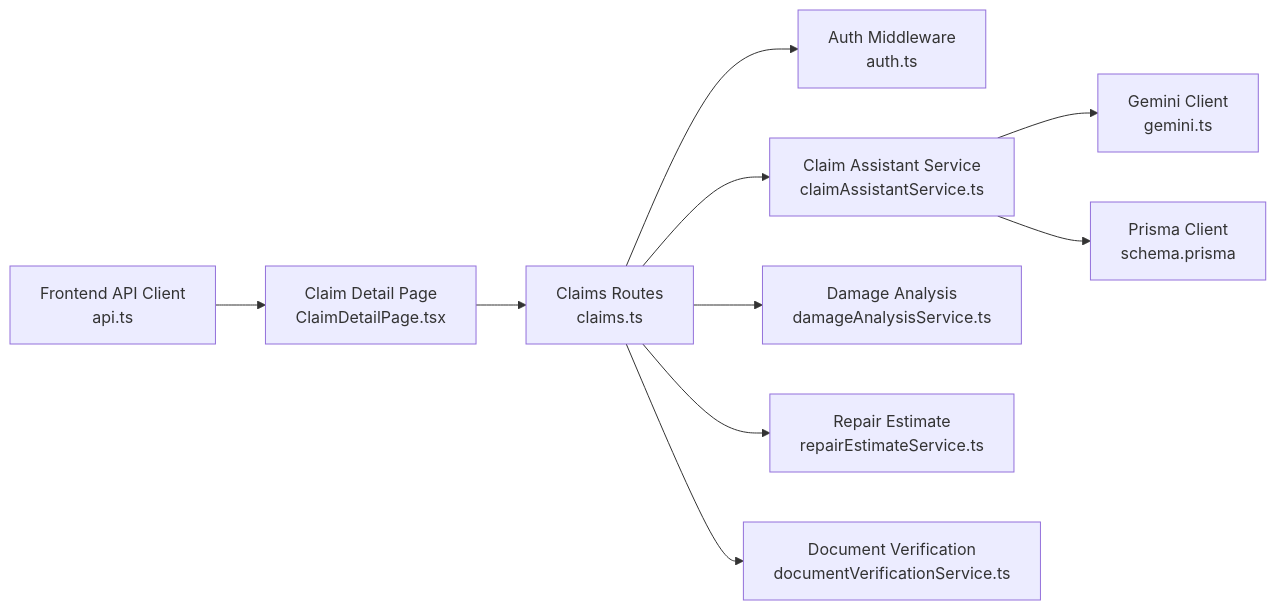
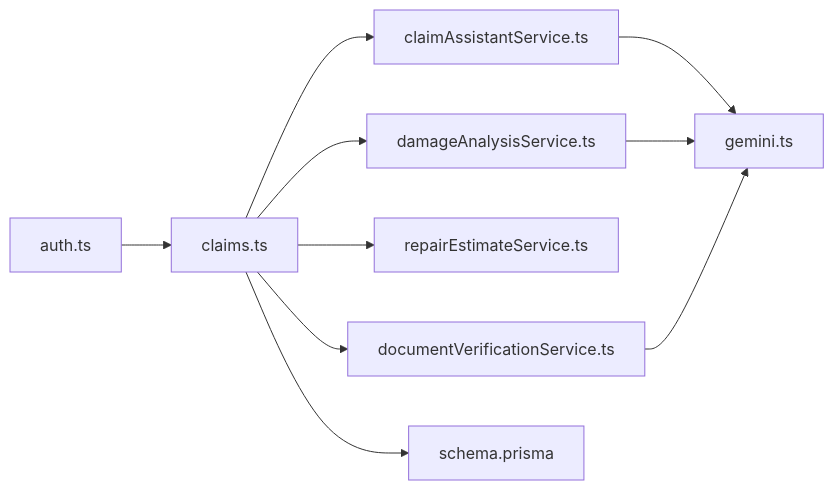
Before and after one commit to NaveenHiranya/Smart-Vehicle-Insurance-Claim-System: the eighth of 8 diagrams in .qoder/repowiki/en/content/AI Services Integration/Claim Assistant Chat Service.md, drawn with Mermaid. The commit also changed other lines of this file and 183 other files, not shown here.

````diff
--- a/.qoder/repowiki/en/content/AI Services Integration/Claim Assistant Chat Service.md
+++ b/.qoder/repowiki/en/content/AI Services Integration/Claim Assistant Chat Service.md
@@ -308,12 +255,12 @@
 ```mermaid
 graph LR
-FE_API["Frontend API Client<br/>api.ts"] --> FE_PAGE["Claim Detail Page<br/>ClaimDetailPage.tsx"]
-FE_PAGE --> BE_ROUTES["Claims Routes<br/>claims.ts"]
-BE_ROUTES --> AUTH["Auth Middleware<br/>auth.ts"]
-BE_ROUTES --> CAS["Claim Assistant Service<br/>claimAssistantService.ts"]
-CAS --> GEMINI["Gemini Client<br/>gemini.ts"]
-CAS --> PRISMA["Prisma Client<br/>schema.prisma"]
-BE_ROUTES --> DAS["Damage Analysis<br/>damageAnalysisService.ts"]
-BE_ROUTES --> RES["Repair Estimate<br/>repairEstimateService.ts"]
-BE_ROUTES --> DVS["Document Verification<br/>documentVerificationService.ts"]
+Auth["auth.ts"] --> Claims["claims.ts"]
+Claims --> Assistant["claimAssistantService.ts"]
+Claims --> Damage["damageAnalysisService.ts"]
+Claims --> Repair["repairEstimateService.ts"]
+Claims --> Docs["documentVerificationService.ts"]
+Assistant --> Gemini["gemini.ts"]
+Damage --> Gemini
+Docs --> Gemini
+Claims --> Schema["schema.prisma"]
 ```
````
